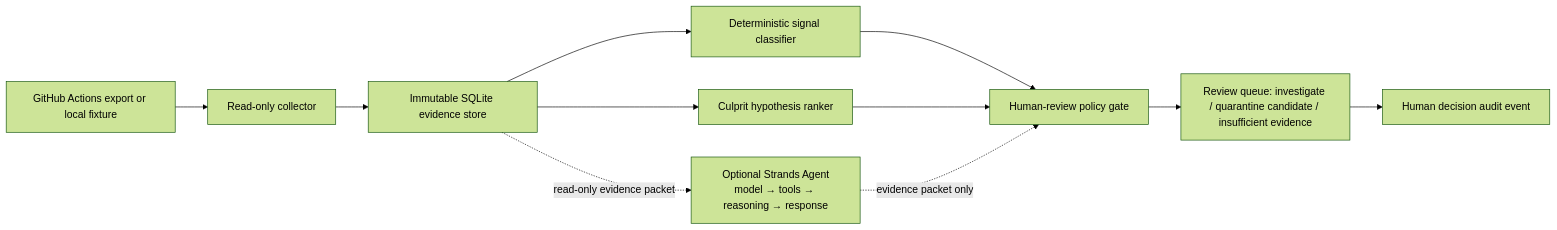
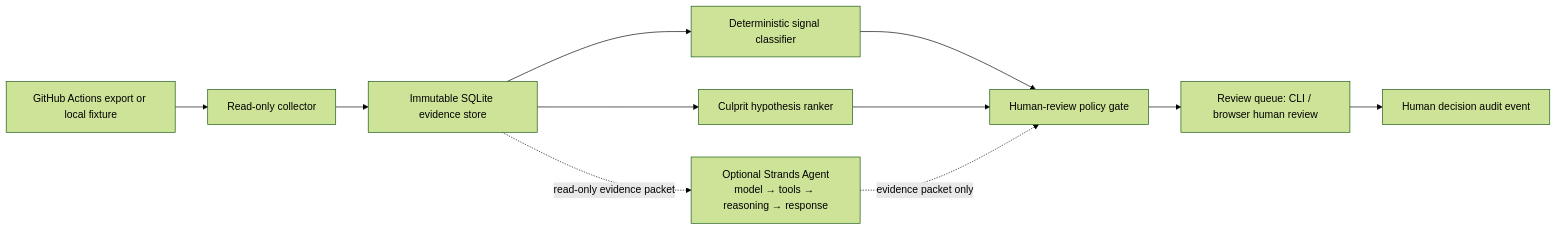
Before and after one commit to DominiqueAndrew/signal-steward-agents-for-humans: the diagram in docs/architecture.md, drawn with Mermaid (forest theme). The commit also changed other lines of this file and 3 other files, not shown here.

Commit message:
docs: complete architecture judge map

````diff
--- a/docs/architecture.md
+++ b/docs/architecture.md
@@ -5,13 +5,13 @@
 ```mermaid
 flowchart LR
   A[GitHub Actions export or local fixture] --> B[Read-only collector]
   B --> C[Immutable SQLite evidence store]
   C --> D[Deterministic signal classifier]
   C --> E[Culprit hypothesis ranker]
   D --> F[Human-review policy gate]
   E --> F
-  F --> G[Review queue: investigate / quarantine candidate / insufficient evidence]
+  F --> G[Review queue: CLI / browser human review]
   G --> H[Human decision audit event]
   C -. read-only evidence packet .-> I[Optional Strands Agent<br/>model → tools → reasoning → response]
   I -. evidence packet only .-> F
 ```
````
